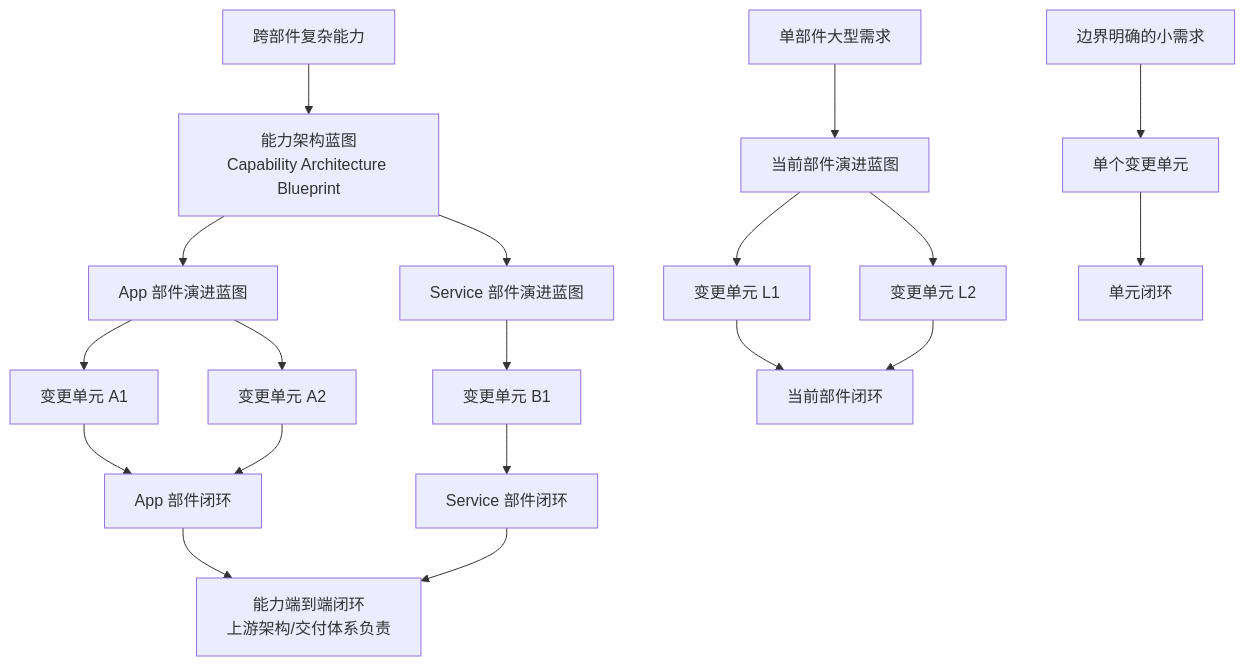
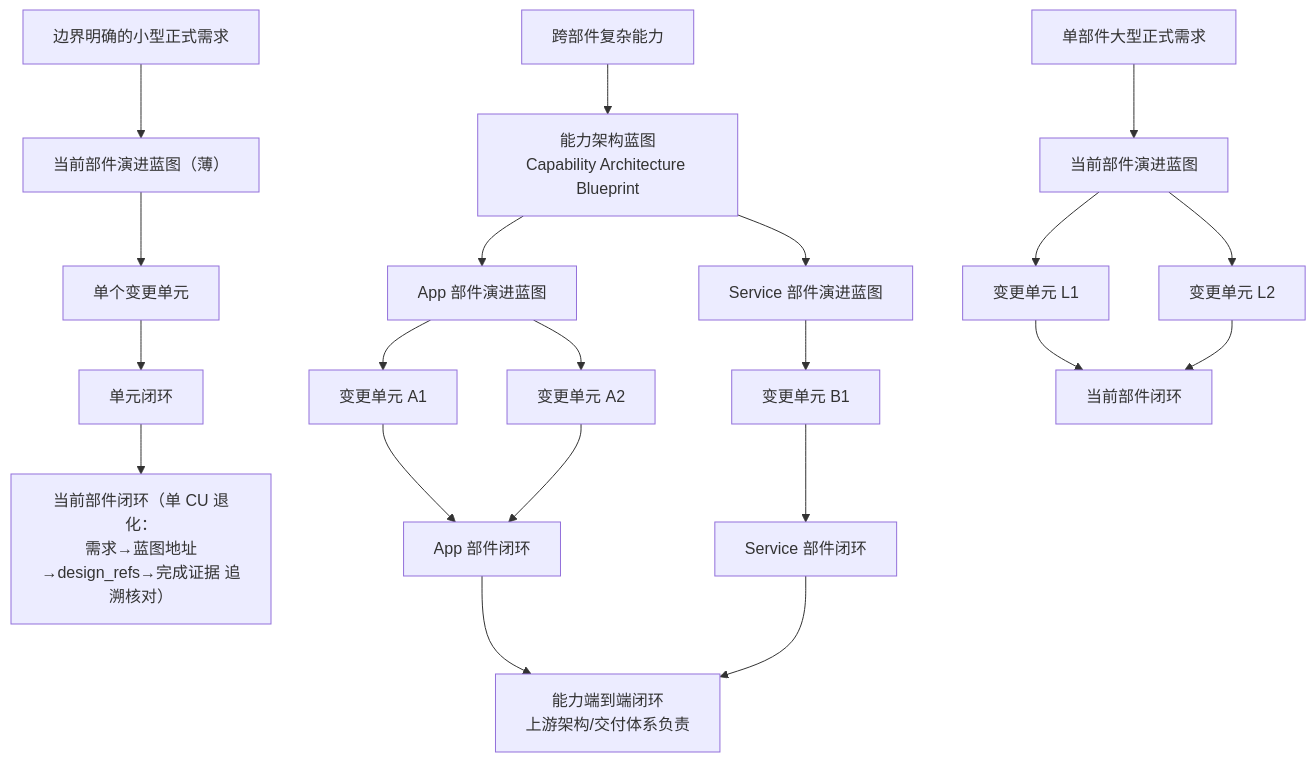
One commit to sqsqsq/agent-maison changed the diagram in .cursor/goals/复杂能力建设目标_能力架构蓝图到部件演进与变更单元闭环_75411223.goal.md. Above: the diagram before and after it, drawn with Mermaid. The commit also changed other lines of this file and 77 other files, not shown here.

First line of the commit message:
feat(component-design): 蓝图重定位为正式需求必经的部件内设计阶段（plan f9e2c7b4 M7）

````diff
--- a/.cursor/goals/复杂能力建设目标_能力架构蓝图到部件演进与变更单元闭环_75411223.goal.md
+++ b/.cursor/goals/复杂能力建设目标_能力架构蓝图到部件演进与变更单元闭环_75411223.goal.md
@@ -104,40 +138,44 @@
 ```mermaid
 flowchart TB
-    LOCAL["单部件大型需求"]
-    SMALL["边界明确的小需求"]
+    LOCAL["单部件大型正式需求"]
+    SMALL["边界明确的小型正式需求"]
     CROSS["跨部件复杂能力"]
     CAB["能力架构蓝图<br/>Capability Architecture Blueprint"]
+    CEBS["当前部件演进蓝图（薄）"]
     CEB0["当前部件演进蓝图"]
     CEB1["App 部件演进蓝图"]
     CEB2["Service 部件演进蓝图"]
     CU0["单个变更单元"]
     CU01["变更单元 L1"]
     CU02["变更单元 L2"]
     CU11["变更单元 A1"]
     CU12["变更单元 A2"]
     CU21["变更单元 B1"]
     FC["单元闭环"]
+    CCS["当前部件闭环（单 CU 退化：<br/>需求→蓝图地址→design_refs→完成证据 追溯核对）"]
     CC0["当前部件闭环"]
     CC1["App 部件闭环"]
     CC2["Service 部件闭环"]
     E2E["能力端到端闭环<br/>上游架构/交付体系负责"]
 
     LOCAL --> CEB0
-    SMALL --> CU0
+    SMALL --> CEBS
+    CEBS --> CU0
     CROSS --> CAB
     CEB0 --> CU01
     CEB0 --> CU02
     CAB --> CEB1
     CAB --> CEB2
     CEB1 --> CU11
     CEB1 --> CU12
     CEB2 --> CU21
     CU0 --> FC
+    FC --> CCS
     CU01 --> CC0
     CU02 --> CC0
     CU11 --> CC1
     CU12 --> CC1
     CU21 --> CC2
     CC1 --> E2E
     CC2 --> E2E
 ```
````
